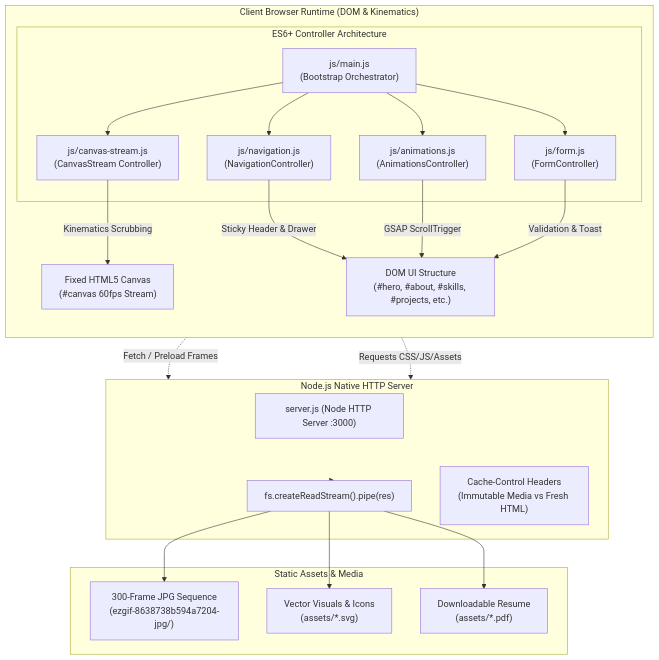
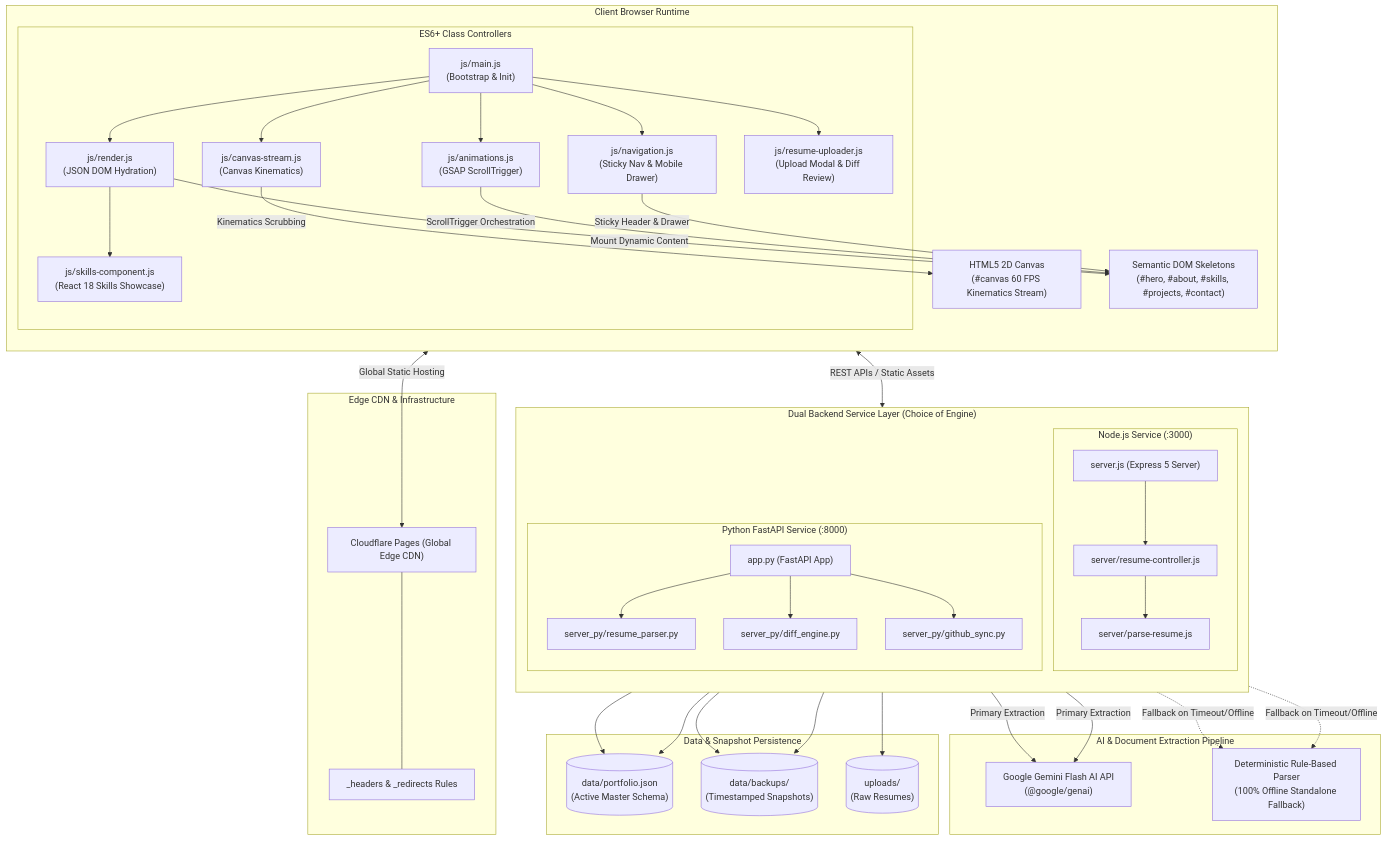
One commit to alam292/Protfolio changed the second of 7 diagrams in README.md. Above: the diagram before and after it, drawn with Mermaid. The commit also changed other lines of this file, not shown here.

Commit message:
docs: update README with enhanced project highlights, architecture, and tech stack details

````diff
--- a/README.md
+++ b/README.md
@@ -127,45 +127,80 @@
 ```mermaid
 flowchart TB
-    subgraph Client ["Client Browser Runtime (DOM & Kinematics)"]
+    subgraph ClientBrowser ["Client Browser Runtime"]
         direction TB
-        DOM["DOM UI Structure<br/>(#hero, #about, #skills, #projects, etc.)"]
-        CanvasBg["Fixed HTML5 Canvas<br/>(#canvas 60fps Stream)"]
+        DOM["Semantic DOM Skeletons<br/>(#hero, #about, #skills, #projects, #contact)"]
+        CanvasEngine["HTML5 2D Canvas<br/>(#canvas 60 FPS Kinematics Stream)"]
         
-        subgraph Controllers ["ES6+ Controller Architecture"]
-            Main["js/main.js<br/>(Bootstrap Orchestrator)"]
-            CS["js/canvas-stream.js<br/>(CanvasStream Controller)"]
-            Nav["js/navigation.js<br/>(NavigationController)"]
-            Anim["js/animations.js<br/>(AnimationsController)"]
-            FormCtrl["js/form.js<br/>(FormController)"]
+        subgraph ModularControllers ["ES6+ Class Controllers"]
+            MainBoot["js/main.js<br/>(Bootstrap & Init)"]
+            CS["js/canvas-stream.js<br/>(Canvas Kinematics)"]
+            Nav["js/navigation.js<br/>(Sticky Nav & Mobile Drawer)"]
+            Anim["js/animations.js<br/>(GSAP ScrollTrigger)"]
+            Renderer["js/render.js<br/>(JSON DOM Hydration)"]
+            Uploader["js/resume-uploader.js<br/>(Upload Modal & Diff Review)"]
+            ReactSkills["js/skills-component.js<br/>(React 18 Skills Showcase)"]
         end
 
-        Main --> CS
-        Main --> Nav
-        Main --> Anim
-        Main --> FormCtrl
-
-        CS -->|Kinematics Scrubbing| CanvasBg
+        MainBoot --> CS
+        MainBoot --> Nav
+        MainBoot --> Anim
+        MainBoot --> Renderer
+        MainBoot --> Uploader
+        Renderer --> ReactSkills
+        
+        CS -->|Kinematics Scrubbing| CanvasEngine
         Nav -->|Sticky Header & Drawer| DOM
-        Anim -->|GSAP ScrollTrigger| DOM
-        FormCtrl -->|Validation & Toast| DOM
+        Anim -->|ScrollTrigger Orchestration| DOM
+        Renderer -->|Mount Dynamic Content| DOM
     end
 
-    subgraph StaticAssets ["Static Assets & Media"]
-        Frames["300-Frame JPG Sequence<br/>(ezgif-8638738b594a7204-jpg/)"]
-        SVGs["Vector Visuals & Icons<br/>(assets/*.svg)"]
-        ResumePDF["Downloadable Resume<br/>(assets/*.pdf)"]
+    subgraph DualBackend ["Dual Backend Service Layer (Choice of Engine)"]
+        direction TB
+        subgraph NodeBackend ["Node.js Service (:3000)"]
+            ServerJS["server.js (Express 5 Server)"]
+            NodeUploadCtrl["server/resume-controller.js"]
+            NodeParser["server/parse-resume.js"]
+            ServerJS --> NodeUploadCtrl
+            NodeUploadCtrl --> NodeParser
+        end
+
+        subgraph PythonBackend ["Python FastAPI Service (:8000)"]
+            FastAPIApp["app.py (FastAPI App)"]
+            PyParser["server_py/resume_parser.py"]
+            PyDiff["server_py/diff_engine.py"]
+            PySync["server_py/github_sync.py"]
+            FastAPIApp --> PyParser
+            FastAPIApp --> PyDiff
+            FastAPIApp --> PySync
+        end
     end
 
-    subgraph ServerRuntime ["Node.js Native HTTP Server"]
-        HTTPServer["server.js (Node HTTP Server :3000)"]
-        StreamPipe["fs.createReadStream().pipe(res)"]
-        CacheHeaders["Cache-Control Headers<br/>(Immutable Media vs Fresh HTML)"]
+    subgraph AIPipeline ["AI & Document Extraction Pipeline"]
+        GeminiAI["Google Gemini Flash AI API<br/>(@google/genai)"]
+        FallbackParser["Deterministic Rule-Based Parser<br/>(100% Offline Standalone Fallback)"]
+        NodeParser -->|Primary Extraction| GeminiAI
+        NodeParser -.->|Fallback on Timeout/Offline| FallbackParser
+        PyParser -->|Primary Extraction| GeminiAI
+        PyParser -.->|Fallback on Timeout/Offline| FallbackParser
     end
 
-    CS -.->|Fetch / Preload Frames| ServerRuntime
-    DOM -.->|Requests CSS/JS/Assets| ServerRuntime
-    ServerRuntime --> StreamPipe
-    StreamPipe --> Frames
-    StreamPipe --> SVGs
-    StreamPipe --> ResumePDF
+    subgraph DataStorage ["Data & Snapshot Persistence"]
+        PortfolioJSON[("data/portfolio.json<br/>(Active Master Schema)")]
+        BackupsDir[("data/backups/<br/>(Timestamped Snapshots)")]
+        UploadsDir[("uploads/<br/>(Raw Resumes)")]
+        NodeUploadCtrl --> PortfolioJSON
+        NodeUploadCtrl --> BackupsDir
+        NodeUploadCtrl --> UploadsDir
+        FastAPIApp --> PortfolioJSON
+        FastAPIApp --> BackupsDir
+    end
+
+    subgraph EdgeCDN ["Edge CDN & Infrastructure"]
+        CFPages["Cloudflare Pages (Global Edge CDN)"]
+        CFHeaders["_headers & _redirects Rules"]
+        CFPages --- CFHeaders
+    end
+
+    ClientBrowser <-->|REST APIs / Static Assets| DualBackend
+    ClientBrowser <-->|Global Static Hosting| CFPages
 ```
````
